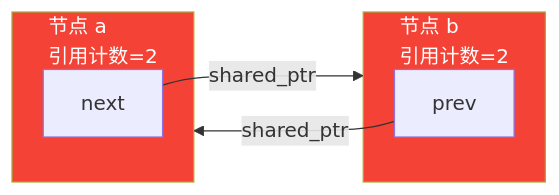
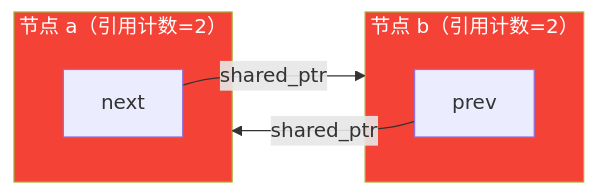
The fifth of 6 diagrams in cpp/memory_management.md (kok-s0s/job_), drawn with Mermaid before and after one commit. The commit also changed other lines of this file and 1 other file, not shown here.

Commit message:
fix: 修复 Mermaid 节点中文文字溢出问题，缩短节点标签

````diff
--- a/cpp/memory_management.md
+++ b/cpp/memory_management.md
@@ -183,13 +183,13 @@
 ```mermaid
 flowchart LR
-    subgraph A[节点 a\n引用计数=2]
+    subgraph A["节点 a（引用计数=2）"]
         AN[next]
     end
-    subgraph B[节点 b\n引用计数=2]
+    subgraph B["节点 b（引用计数=2）"]
         BP[prev]
     end
     AN -->|shared_ptr| B
     BP -->|shared_ptr| A
     style A fill:#F44336,color:#fff
     style B fill:#F44336,color:#fff
 ```
````
